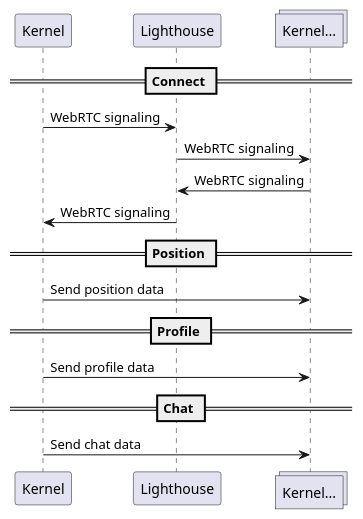
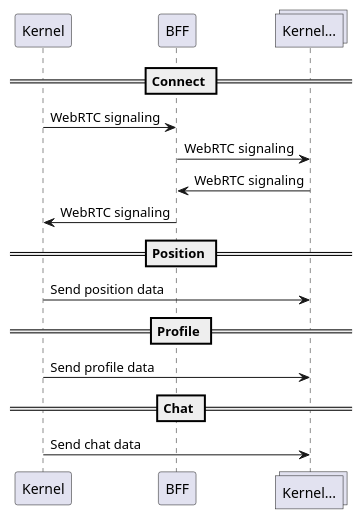
Before and after one commit to hugoArregui/dcl-workspace: the fifth of 9 diagrams in docs/comms.org, drawn with PlantUML. The commit also changed 10 other files, not shown here.

```diff
--- a/docs/comms.org
+++ b/docs/comms.org
@@ -123,20 +123,20 @@
 #+begin_src plantuml :file comms-v3-peer-to-peer.png
 participant "Kernel" as K
-participant Lighthouse as L
+participant BFF as L
 collections "Kernel..." as O
 
 == Connect ==
 K->L: WebRTC signaling
 L->O: WebRTC signaling
 O->L: WebRTC signaling 
 L->K: WebRTC signaling 
 
 == Position ==
 K->O: Send position data
 
 == Profile ==
 K->O: Send profile data
 
 == Chat ==
 K->O: Send chat data
 #+end_src
```
